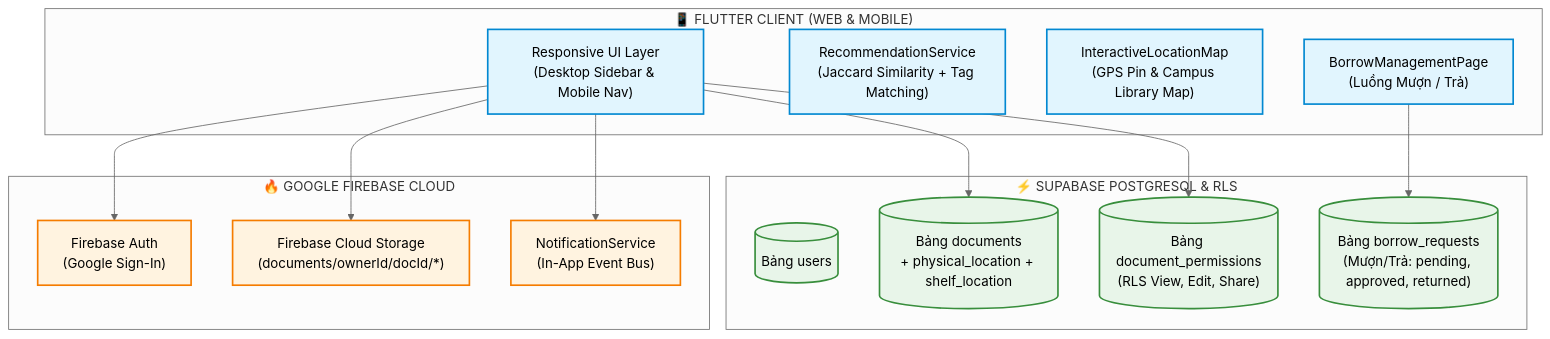
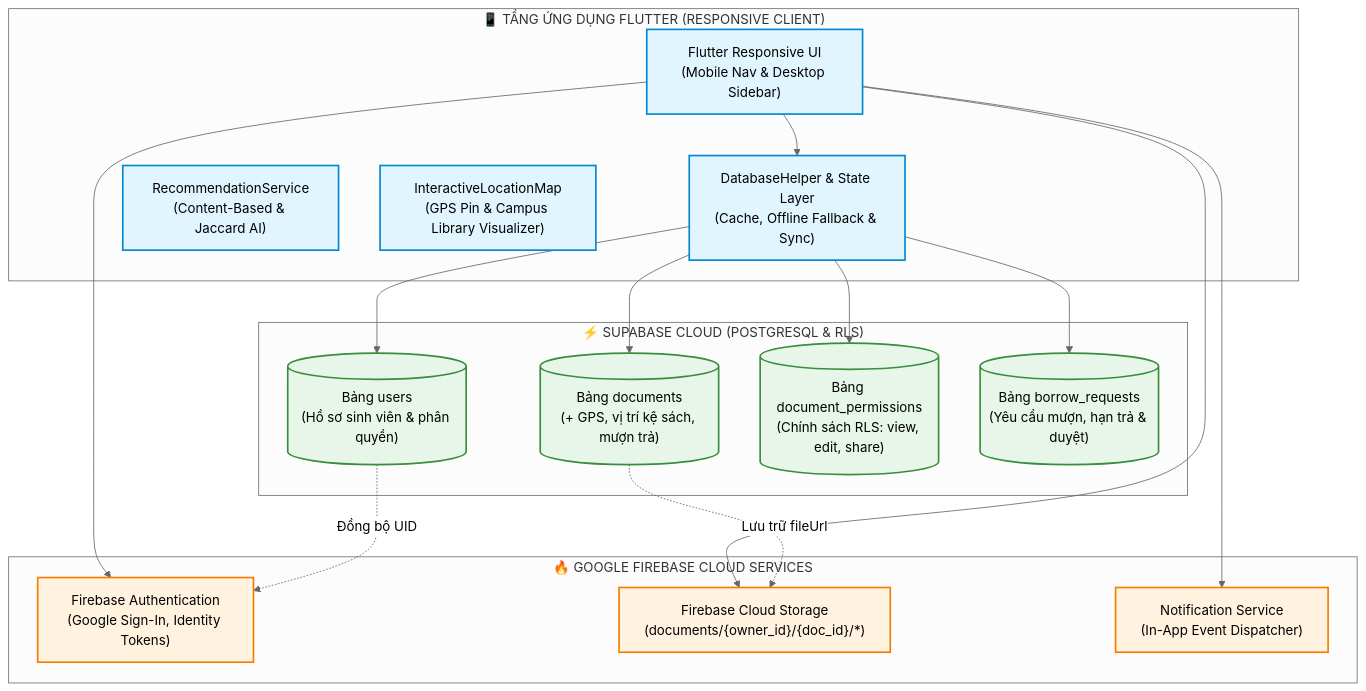
The first of 3 diagrams in BAO_CAO_TH2_HE_THONG_QUAN_LY_TAI_LIEU.md (pvhung2112/nhom9-65ktpmth2), drawn with Mermaid (neutral theme) before and after one commit. The commit also changed other lines of this file and 3 other files, not shown here.

````diff
--- a/BAO_CAO_TH2_HE_THONG_QUAN_LY_TAI_LIEU.md
+++ b/BAO_CAO_TH2_HE_THONG_QUAN_LY_TAI_LIEU.md
@@ -36,33 +50,37 @@
 ```mermaid
 graph TB
     classDef client fill:#e1f5fe,stroke:#0288d1,stroke-width:2px;
     classDef firebase fill:#fff3e0,stroke:#f57c00,stroke-width:2px;
     classDef supabase fill:#e8f5e9,stroke:#388e3c,stroke-width:2px;
 
-    subgraph Client [" 📱 FLUTTER CLIENT (WEB & MOBILE) "]
-        UI["Responsive UI Layer<br/>(Desktop Sidebar & Mobile Nav)"]:::client
-        RecEngine["RecommendationService<br/>(Jaccard Similarity + Tag Matching)"]:::client
-        MapWidget["InteractiveLocationMap<br/>(GPS Pin & Campus Library Map)"]:::client
-        BorrowUI["BorrowManagementPage<br/>(Luồng Mượn / Trả)"]:::client
+    subgraph ClientLayer [" 📱 TẦNG ỨNG DỤNG FLUTTER (RESPONSIVE CLIENT) "]
+        UI["Flutter Responsive UI<br/>(Mobile Nav & Desktop Sidebar)"]:::client
+        StateMgr["DatabaseHelper & State Layer<br/>(Cache, Offline Fallback & Sync)"]:::client
+        RecEngine["RecommendationService<br/>(Content-Based & Jaccard AI)"]:::client
+        MapLayer["InteractiveLocationMap<br/>(GPS Pin & Campus Library Visualizer)"]:::client
     end
 
-    subgraph FirebaseCloud [" 🔥 GOOGLE FIREBASE CLOUD "]
-        FAuth["Firebase Auth<br/>(Google Sign-In)"]:::firebase
-        FStorage["Firebase Cloud Storage<br/>(documents/ownerId/docId/*)"]:::firebase
-        FNotif["NotificationService<br/>(In-App Event Bus)"]:::firebase
+    subgraph FirebaseLayer [" 🔥 GOOGLE FIREBASE CLOUD SERVICES "]
+        FAuth["Firebase Authentication<br/>(Google Sign-In, Identity Tokens)"]:::firebase
+        FStorage["Firebase Cloud Storage<br/>(documents/{owner_id}/{doc_id}/*)"]:::firebase
+        FNotif["Notification Service<br/>(In-App Event Dispatcher)"]:::firebase
     end
 
-    subgraph SupabaseCloud [" ⚡ SUPABASE POSTGRESQL & RLS "]
-        TUsers[("Bảng users")]:::supabase
-        TDocs[("Bảng documents<br/>+ physical_location + shelf_location")]:::supabase
-        TPerms[("Bảng document_permissions<br/>(RLS View, Edit, Share)")]:::supabase
-        TBorrow[("Bảng borrow_requests<br/>(Mượn/Trả: pending, approved, returned)")]:::supabase
+    subgraph SupabaseLayer [" ⚡ SUPABASE CLOUD (POSTGRESQL & RLS) "]
+        TUsers[("Bảng users<br/>(Hồ sơ sinh viên & phân quyền)")]:::supabase
+        TDocs[("Bảng documents<br/>(+ GPS, vị trí kệ sách, mượn trả)")]:::supabase
+        TPerms[("Bảng document_permissions<br/>(Chính sách RLS: view, edit, share)")]:::supabase
+        TBorrow[("Bảng borrow_requests<br/>(Yêu cầu mượn, hạn trả & duyệt)")]:::supabase
     end
 
     UI --> FAuth
     UI --> FStorage
     UI --> FNotif
-    BorrowUI --> TBorrow
-    UI --> TDocs
-    UI --> TPerms
+    UI --> StateMgr
+    StateMgr --> TUsers
+    StateMgr --> TDocs
+    StateMgr --> TPerms
+    StateMgr --> TBorrow
+    TDocs -.->|"Lưu trữ fileUrl"| FStorage
+    TUsers -.->|"Đồng bộ UID"| FAuth
 ```
````
